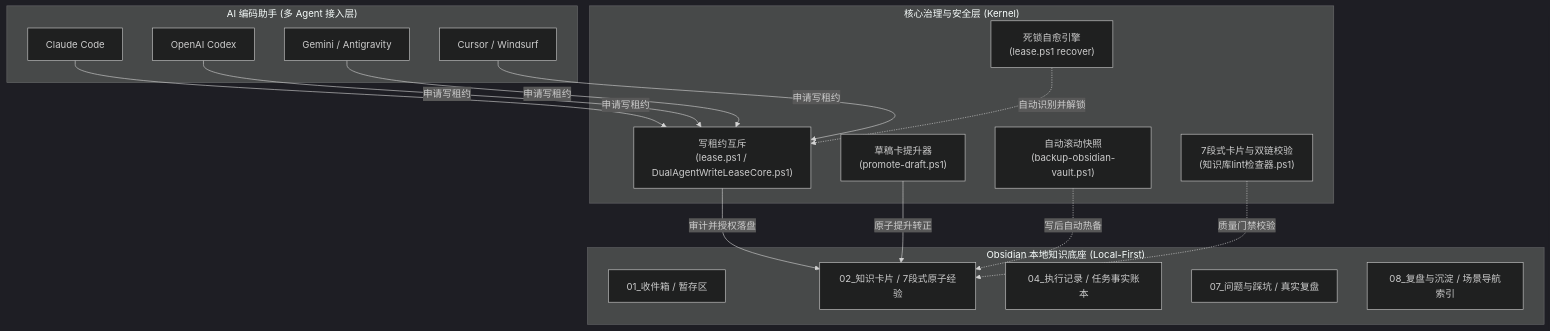
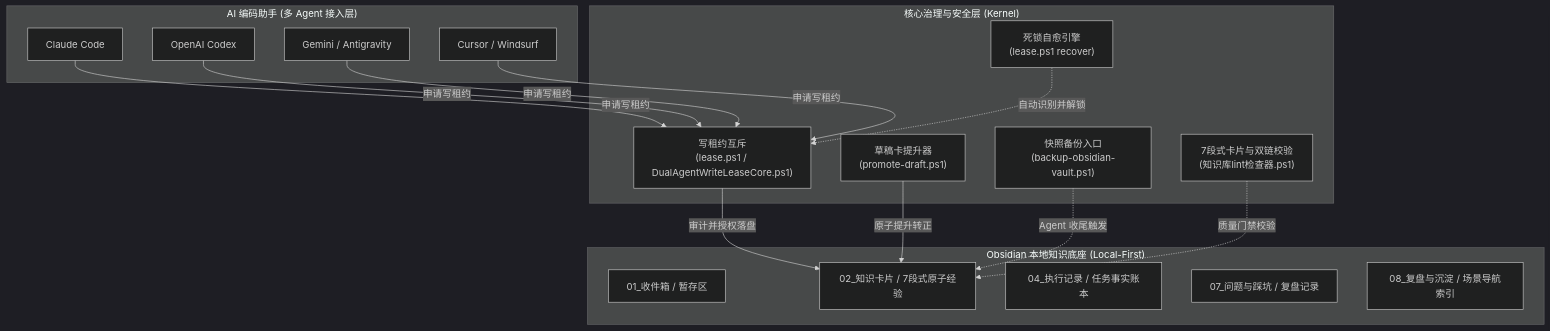
Before and after one commit to a2578348864a-sys/Agent-Memory-OS: the diagram in README_CN.md, drawn with Mermaid (dark theme). The commit also changed other lines of this file and 20 other files, not shown here.

````diff
--- a/README_CN.md
+++ b/README_CN.md
@@ -54,36 +57,36 @@
 ```mermaid
 graph TD
     subgraph Clients["AI 编码助手 (多 Agent 接入层)"]
         Claude["Claude Code"]
         Codex["OpenAI Codex"]
         Gemini["Gemini / Antigravity"]
         Cursor["Cursor / Windsurf"]
     end
 
     subgraph Kernel["核心治理与安全层 (Kernel)"]
         Lease["写租约互斥<br>(lease.ps1 / DualAgentWriteLeaseCore.ps1)"]
         Reset["死锁自愈引擎<br>(lease.ps1 recover)"]
         Promote["草稿卡提升器<br>(promote-draft.ps1)"]
-        Backup["自动滚动快照<br>(backup-obsidian-vault.ps1)"]
+        Backup["快照备份入口<br>(backup-obsidian-vault.ps1)"]
         Lint["7段式卡片与双链校验<br>(知识库lint检查器.ps1)"]
     end
 
     subgraph Vault["Obsidian 本地知识底座 (Local-First)"]
         Inbox["01_收件箱 / 暂存区"]
         Cards["02_知识卡片 / 7段式原子经验"]
         Exec["04_执行记录 / 任务事实账本"]
-        Pitfalls["07_问题与踩坑 / 真实复盘"]
+        Pitfalls["07_问题与踩坑 / 复盘记录"]
         Index["08_复盘与沉淀 / 场景导航索引"]
     end
 
     Claude -->|申请写租约| Lease
     Codex -->|申请写租约| Lease
     Gemini -->|申请写租约| Lease
     Cursor -->|申请写租约| Lease
 
     Lease -->|审计并授权落盘| Cards
     Reset -.->|自动识别并解锁| Lease
     Promote -->|原子提升转正| Cards
-    Backup -.->|写后自动热备| Cards
+    Backup -.->|Agent 收尾触发| Cards
     Lint -.->|质量门禁校验| Cards
 ```
````
